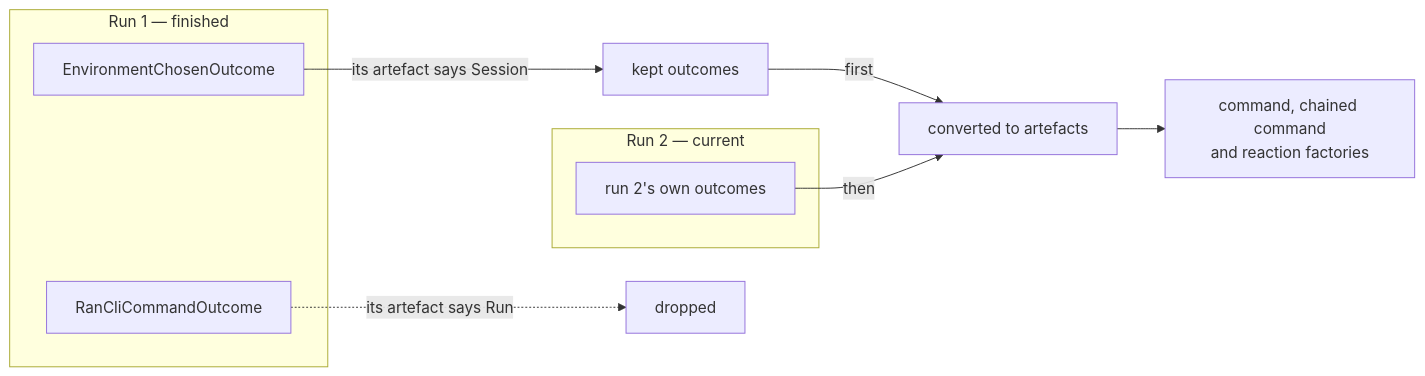
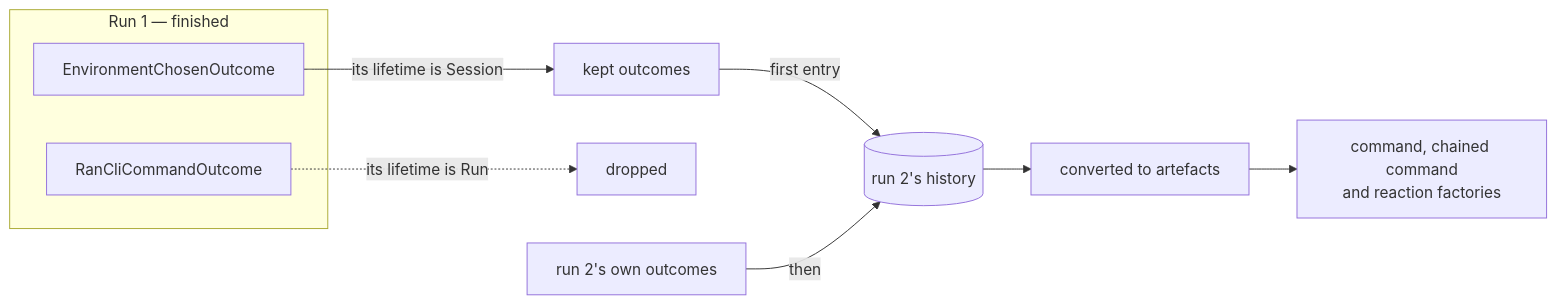
One commit to KitCli/KitCli changed the fifth of 6 diagrams in docs/investigations/0011-can-an-artefact-outlive-the-run-that-made-it.md. Above: the diagram before and after it, drawn with Mermaid. The commit also changed other lines of this file and 18 other files, not shown here.

````diff
--- a/docs/investigations/0011-can-an-artefact-outlive-the-run-that-made-it.md
+++ b/docs/investigations/0011-can-an-artefact-outlive-the-run-that-made-it.md
@@ -179,15 +171,13 @@
 ```mermaid
 flowchart LR
     subgraph R1["Run 1 — finished"]
         O1["EnvironmentChosenOutcome"]
         O2["RanCliCommandOutcome"]
     end
-    subgraph R2["Run 2 — current"]
-        O3["run 2's own outcomes"]
-    end
-    O1 -->|"its artefact says Session"| K["kept outcomes"]
-    O2 -.->|"its artefact says Run"| D["dropped"]
-    K -->|first| P["converted to artefacts"]
-    O3 -->|then| P
+    O1 -->|"its lifetime is Session"| K["kept outcomes"]
+    O2 -.->|"its lifetime is Run"| D["dropped"]
+    K -->|"first entry"| H[("run 2's history")]
+    O3["run 2's own outcomes"] -->|then| H
+    H --> P["converted to artefacts"]
     P --> C["command, chained command<br/>and reaction factories"]
 ```
````
